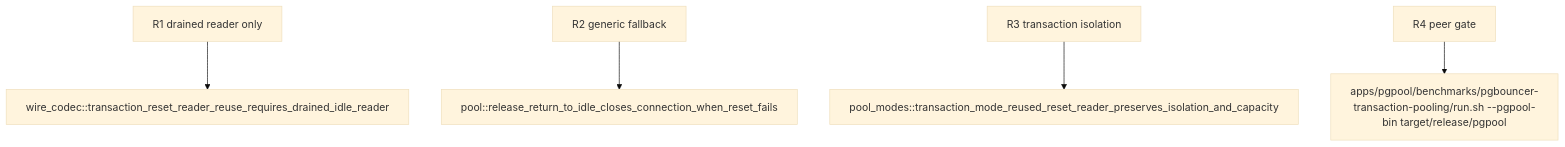
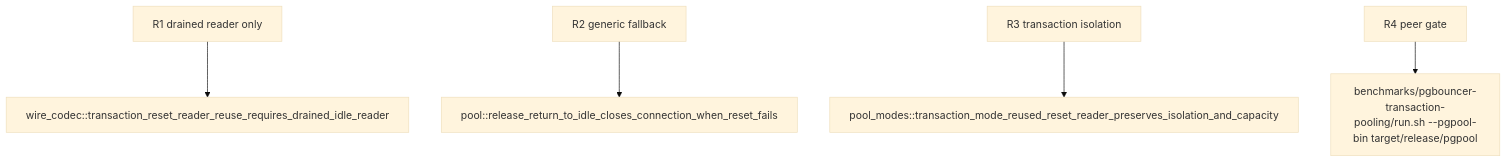
Before and after one commit to faberline/pgpool: the second of 2 diagrams in tech-design/logic/reuse-drained-transaction-framereader-for-reset-response.md, drawn with Mermaid (base theme). The commit also changed other lines of this file and 120 other files, not shown here.

````diff
--- a/tech-design/logic/reuse-drained-transaction-framereader-for-reset-response.md
+++ b/tech-design/logic/reuse-drained-transaction-framereader-for-reset-response.md
@@ -91,35 +91,35 @@
 ```mermaid
 ---
 id: pgpool-reset-reader-reuse-verification
 requirements:
   drained_reader_only:
     id: R1
     text: "Only a transaction reader that has reached ReadyForQuery Idle with no residual buffered bytes may be transferred into reset validation."
     kind: regression
     risk: high
     verify: wire_codec::transaction_reset_reader_reuse_requires_drained_idle_reader
   generic_fallback:
     id: R2
     text: "Generic BackendPool release retains its fresh-reader reset path and still closes on malformed or failed reset response."
     kind: regression
     risk: high
     verify: pool::release_return_to_idle_closes_connection_when_reset_fails
   peer_gate:
     id: R4
     text: "The unchanged competitor benchmark remains the sole success gate; meter is diagnostic only and a first valid loss reverts production code."
     kind: integration
     risk: high
-    verify: apps/pgpool/benchmarks/pgbouncer-transaction-pooling/run.sh --pgpool-bin target/release/pgpool
+    verify: benchmarks/pgbouncer-transaction-pooling/run.sh --pgpool-bin target/release/pgpool
   transaction_isolation:
     id: R3
     text: "A contended next transaction observes DISCARD ALL isolation and the configured one-backend capacity bound after reader reuse."
     kind: integration
     risk: high
     verify: pool_modes::transaction_mode_reused_reset_reader_preserves_isolation_and_capacity
 ---
 flowchart TD
     r1[R1 drained reader only] --> wire_codec_transaction_reset_reader_reuse_requires_drained_idle_reader[wire_codec::transaction_reset_reader_reuse_requires_drained_idle_reader]
     r2[R2 generic fallback] --> pool_release_return_to_idle_closes_connection_when_reset_fails[pool::release_return_to_idle_closes_connection_when_reset_fails]
     r3[R3 transaction isolation] --> pool_modes_transaction_mode_reused_reset_reader_preserves_isolation_and_capacity[pool_modes::transaction_mode_reused_reset_reader_preserves_isolation_and_capacity]
-    r4[R4 peer gate] --> apps_pgpool_benchmarks_pgbouncer_transaction_pooling_run_sh_pgpool_bin_target_release_pgpool[apps/pgpool/benchmarks/pgbouncer-transaction-pooling/run.sh --pgpool-bin target/release/pgpool]
+    r4[R4 peer gate] --> apps_pgpool_benchmarks_pgbouncer_transaction_pooling_run_sh_pgpool_bin_target_release_pgpool[benchmarks/pgbouncer-transaction-pooling/run.sh --pgpool-bin target/release/pgpool]
 ```
````
